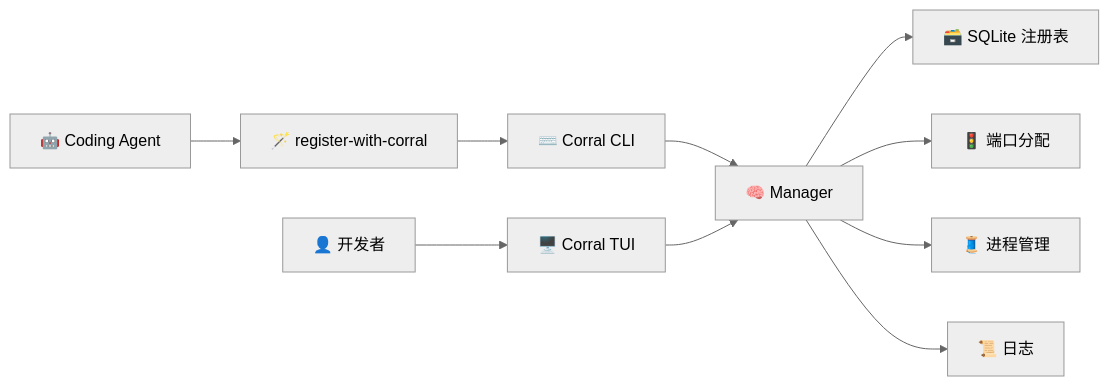
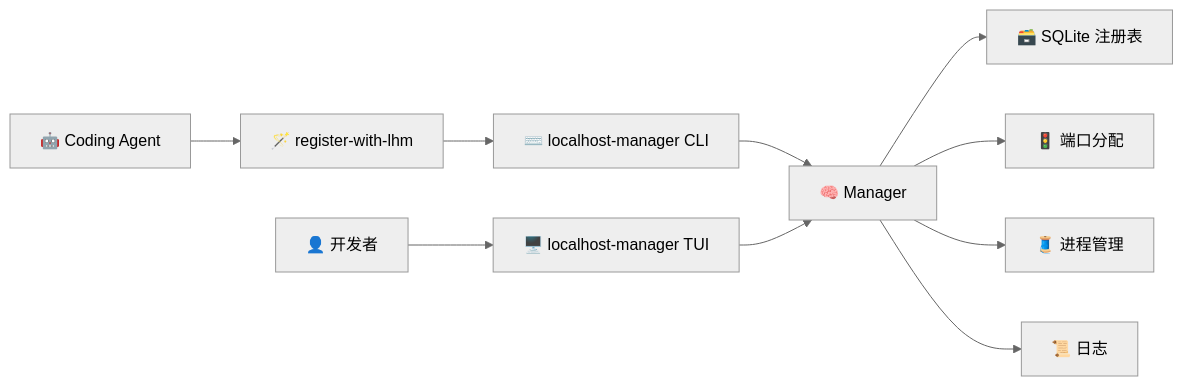
Before and after one commit to huggon1/corral: the diagram in README.zh-CN.md, drawn with Mermaid (neutral theme). The commit also changed other lines of this file and 16 other files, not shown here.

Commit message:
Rename Corral to localhost-manager (#2)

````diff
--- a/README.zh-CN.md
+++ b/README.zh-CN.md
@@ -181,12 +181,12 @@
 ```mermaid
 flowchart LR
-    Agent["🤖 Coding Agent"] --> Skill["🪄 register-with-corral"]
-    Skill --> CLI["⌨️ Corral CLI"]
-    Human["👤 开发者"] --> TUI["🖥️ Corral TUI"]
+    Agent["🤖 Coding Agent"] --> Skill["🪄 register-with-lhm"]
+    Skill --> CLI["⌨️ localhost-manager CLI"]
+    Human["👤 开发者"] --> TUI["🖥️ localhost-manager TUI"]
     CLI --> Manager["🧠 Manager"]
     TUI --> Manager
     Manager --> Registry["🗃️ SQLite 注册表"]
     Manager --> Ports["🚦 端口分配"]
     Manager --> Processes["🧵 进程管理"]
     Manager --> Logs["📜 日志"]
 ```
````
